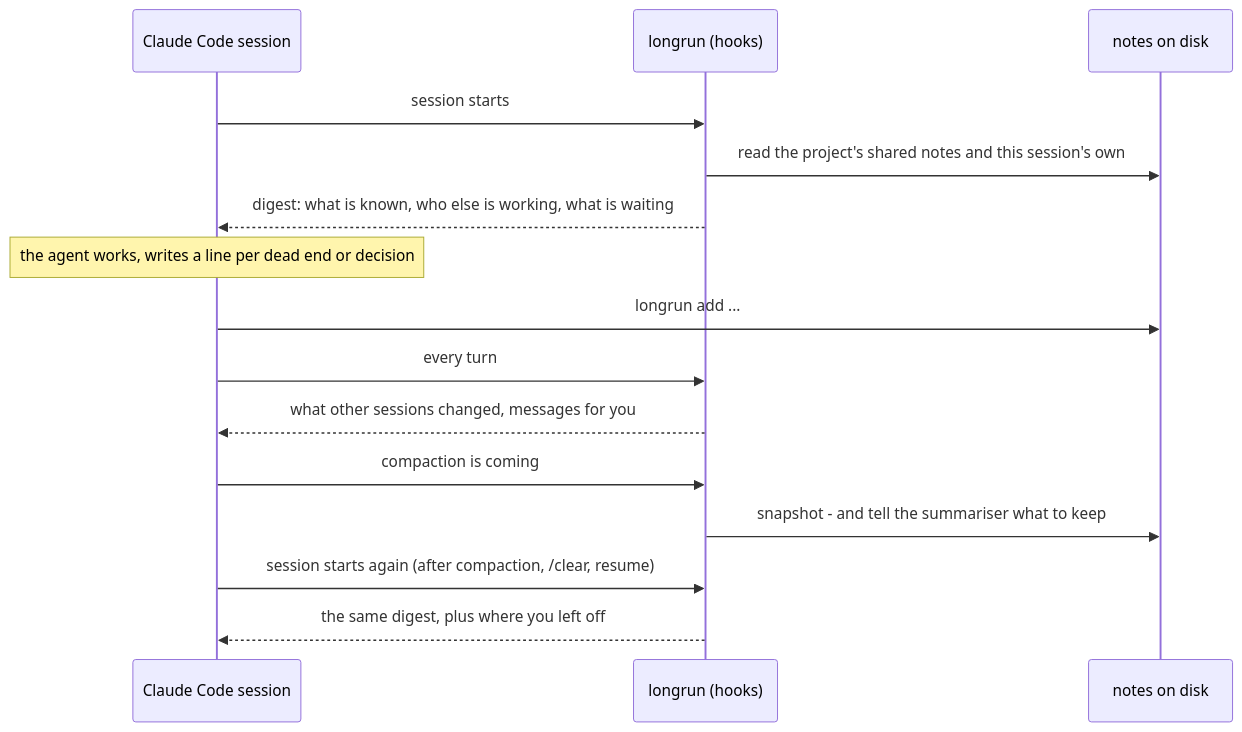
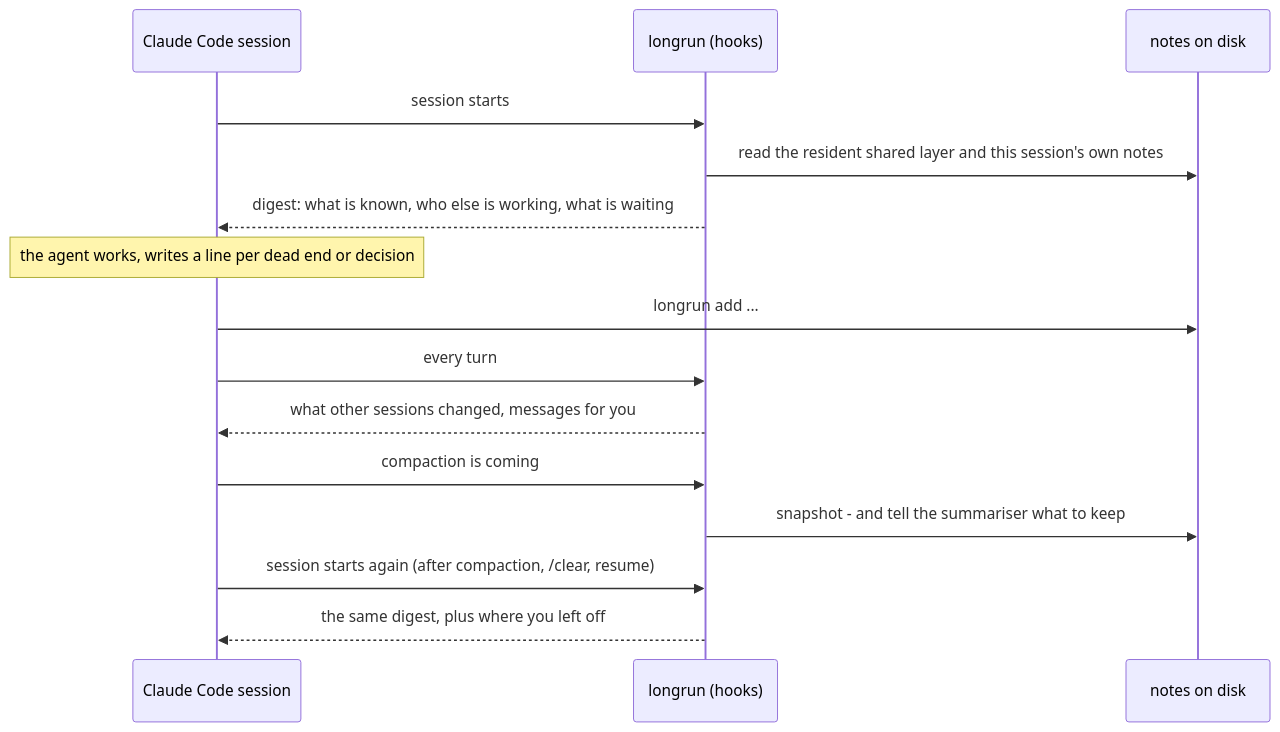
The diagram in README.md (krllx/longrun), drawn with Mermaid before and after one commit. The commit also changed other lines of this file and 22 other files, not shown here.

````diff
--- a/README.md
+++ b/README.md
@@ -189,17 +191,17 @@
 ```mermaid
 sequenceDiagram
     participant S as Claude Code session
     participant L as longrun (hooks)
     participant D as notes on disk
     S->>L: session starts
-    L->>D: read the project's shared notes and this session's own
+    L->>D: read the resident shared layer and this session's own notes
     L-->>S: digest: what is known, who else is working, what is waiting
     Note over S: the agent works, writes a line per dead end or decision
     S->>D: longrun add ...
     S->>L: every turn
     L-->>S: what other sessions changed, messages for you
     S->>L: compaction is coming
     L->>D: snapshot - and tell the summariser what to keep
     S->>L: session starts again (after compaction, /clear, resume)
     L-->>S: the same digest, plus where you left off
 ```
````
